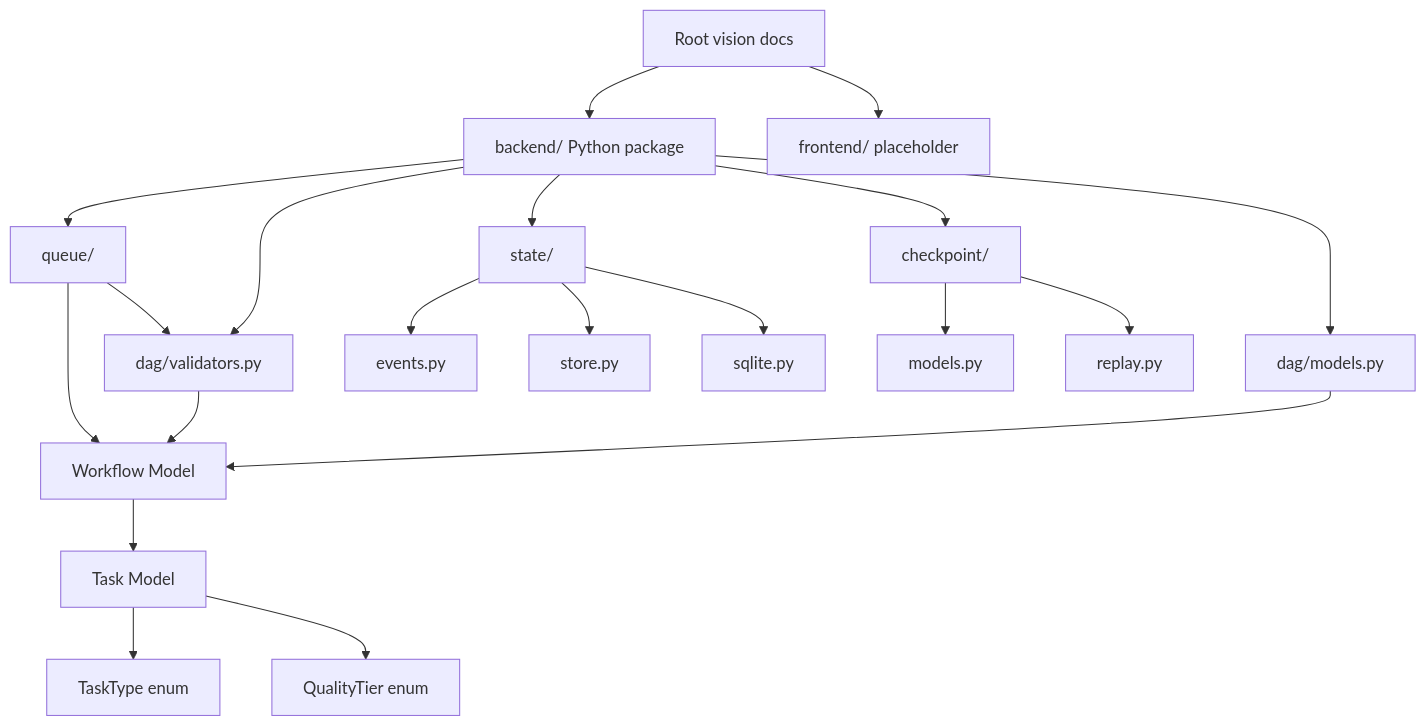
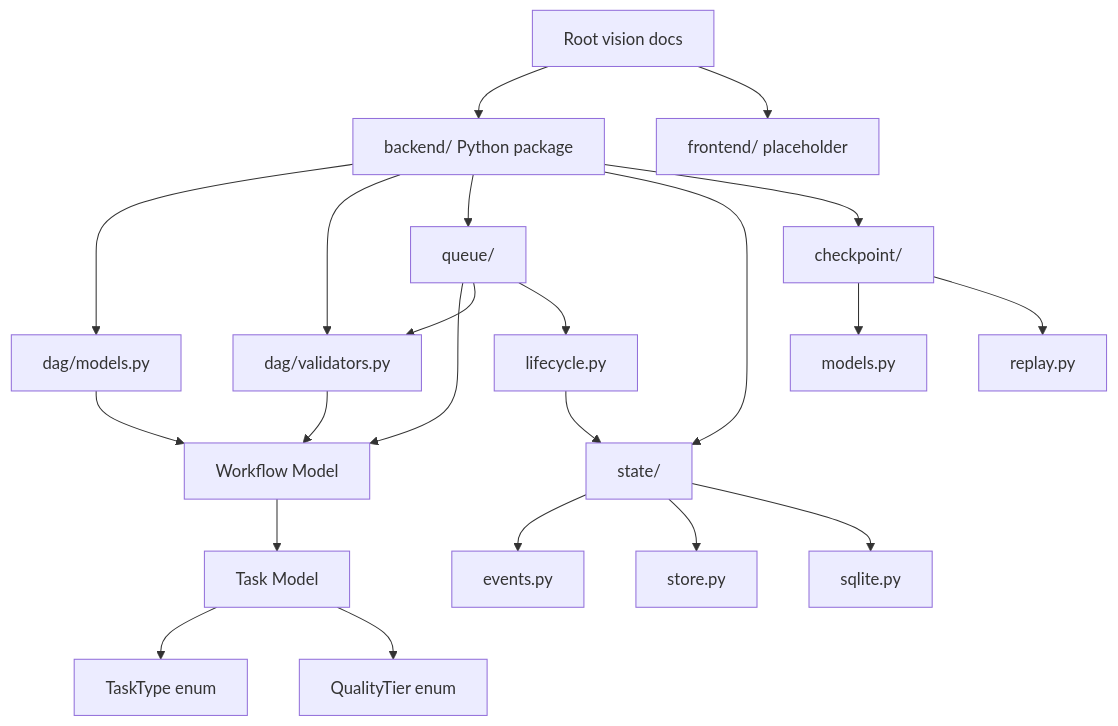
One commit to knishkarora/Ather-OS changed the first of 2 diagrams in docs/01_Architecture.md. Above: the diagram before and after it, drawn with Mermaid. The commit also changed other lines of this file and 14 other files, not shown here.

````diff
--- a/docs/01_Architecture.md
+++ b/docs/01_Architecture.md
@@ -9,22 +9,24 @@
 ```mermaid
 flowchart TD
     Docs["Root vision docs"] --> Backend["backend/ Python package"]
     Docs --> Frontend["frontend/ placeholder"]
     Backend --> DAG["dag/models.py"]
     Backend --> Validator["dag/validators.py"]
     Backend --> Queue["queue/"]
     Backend --> State["state/"]
     Backend --> Checkpoint["checkpoint/"]
     DAG --> Workflow["Workflow Model"]
     Workflow --> Task["Task Model"]
     Task --> TaskType["TaskType enum"]
     Task --> QualityTier["QualityTier enum"]
     Validator --> Workflow
     Queue --> Workflow
     Queue --> Validator
+    Queue --> Lifecycle["lifecycle.py"]
+    Lifecycle --> State
     State --> Events["events.py"]
     State --> Store["store.py"]
     State --> SQLite["sqlite.py"]
     Checkpoint --> Projections["models.py"]
     Checkpoint --> Replay["replay.py"]
 ```
````
